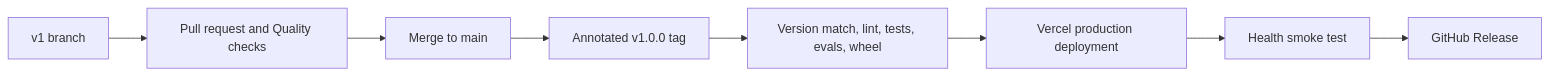
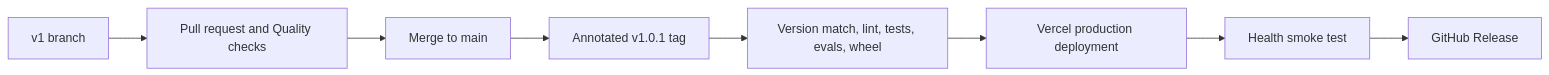
One commit to hritthik-work/ChartAssistant changed the diagram in docs/deployment.md. Above: the diagram before and after it, drawn with Mermaid. The commit also changed other lines of this file and 8 other files, not shown here.

First line of the commit message:
release: prepare Chart Assistant v1.0.1 (#3)

````diff
--- a/docs/deployment.md
+++ b/docs/deployment.md
@@ -16,10 +16,10 @@
 ```mermaid
 flowchart LR
     Branch["v1 branch"] --> PR["Pull request and Quality checks"]
     PR --> Main["Merge to main"]
-    Main --> Tag["Annotated v1.0.0 tag"]
+    Main --> Tag["Annotated v1.0.1 tag"]
     Tag --> Verify["Version match, lint, tests, evals, wheel"]
     Verify --> Deploy["Vercel production deployment"]
     Deploy --> Smoke["Health smoke test"]
     Smoke --> Release["GitHub Release"]
 ```
````
